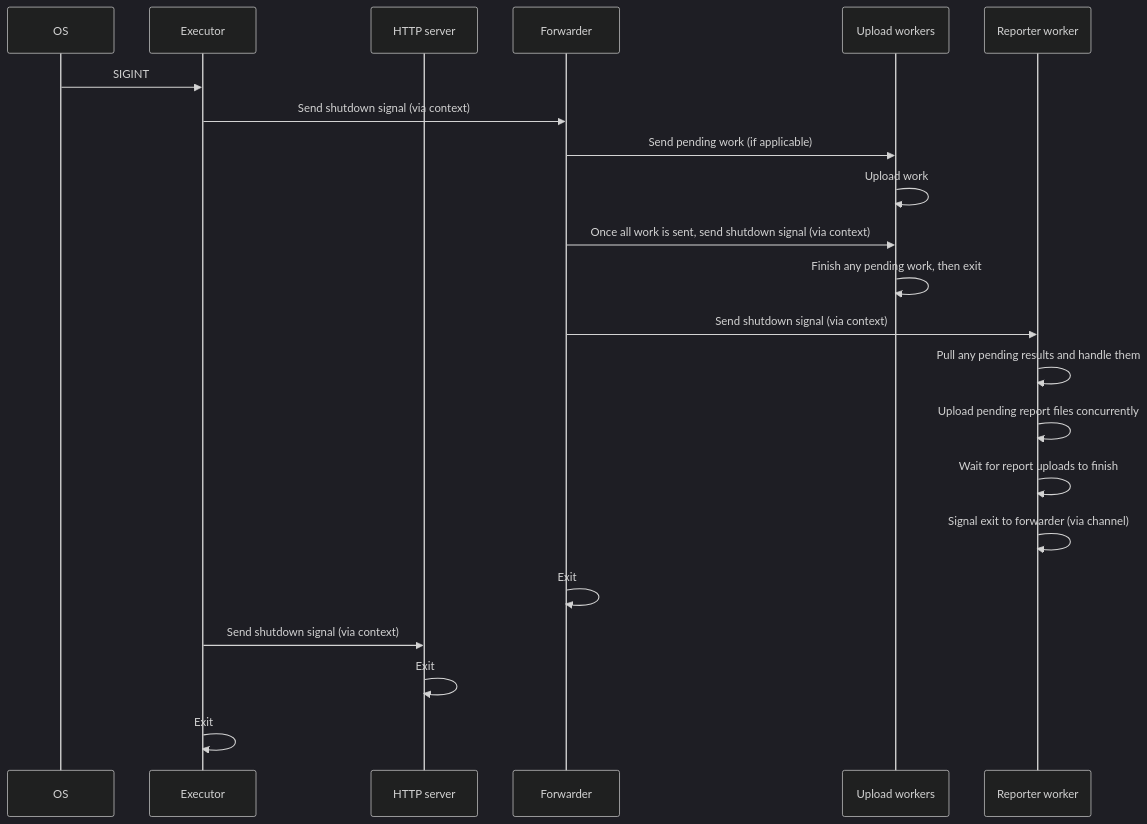
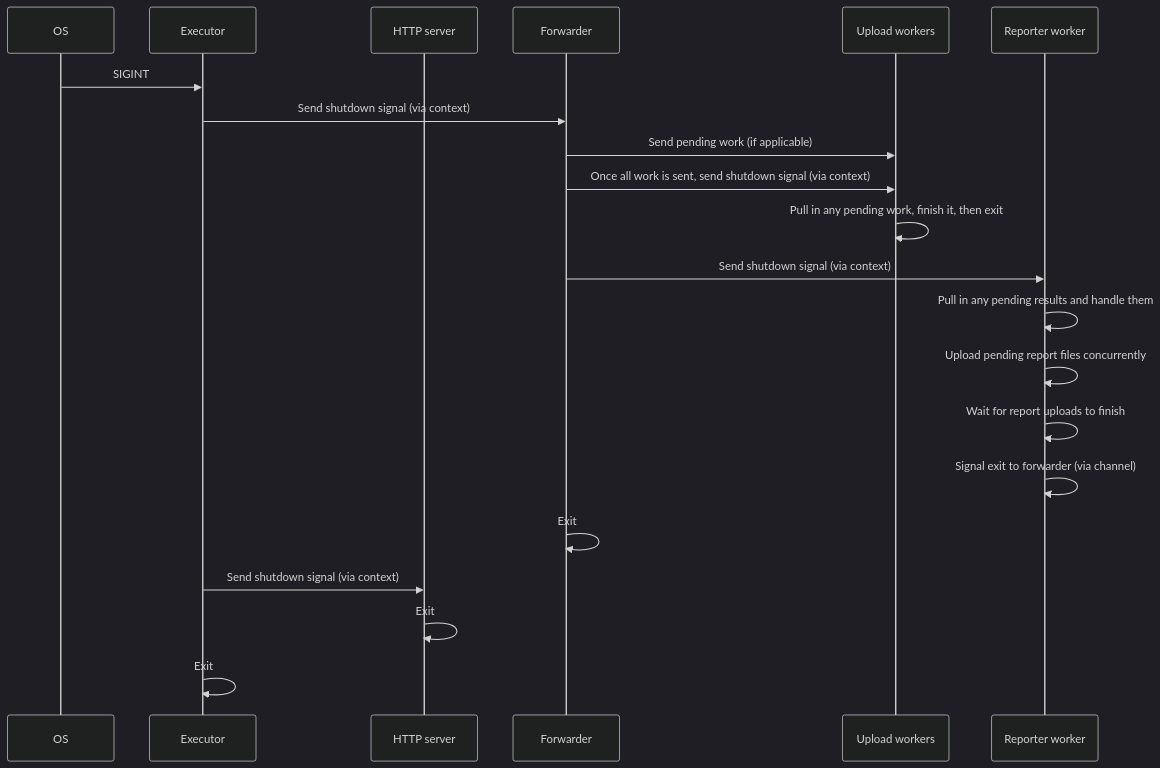
The second of 2 diagrams in ARCHITECTURE.md (dhth/kplay), drawn with Mermaid (dark theme) before and after one commit. The commit also changed other lines of this file, not shown here.

Commit message:
improve shutdown diagram

````diff
--- a/ARCHITECTURE.md
+++ b/ARCHITECTURE.md
@@ -82,25 +82,24 @@
 ```mermaid
 sequenceDiagram
     participant OS
     participant Exec as Executor
     participant Server as HTTP server
     participant Forwarder
     participant Workers as Upload workers
     participant Reporter as Reporter worker
 
     OS->>Exec: SIGINT
     Exec->>Forwarder: Send shutdown signal (via context)
     Forwarder->>Workers: Send pending work (if applicable)
-    Workers->>Workers: Upload work
     Forwarder->>Workers: Once all work is sent, send shutdown signal (via context)
-    Workers->>Workers: Finish any pending work, then exit
+    Workers->>Workers: Pull in any pending work, finish it, then exit
     Forwarder->>Reporter: Send shutdown signal (via context)
-    Reporter->>Reporter: Pull any pending results and handle them
+    Reporter->>Reporter: Pull in any pending results and handle them
     Reporter->>Reporter: Upload pending report files concurrently
     Reporter->>Reporter: Wait for report uploads to finish
     Reporter->>Reporter: Signal exit to forwarder (via channel)
     Forwarder->>Forwarder: Exit
     Exec->>Server: Send shutdown signal (via context)
     Server->>Server: Exit
     Exec->>Exec: Exit
 ```
````
